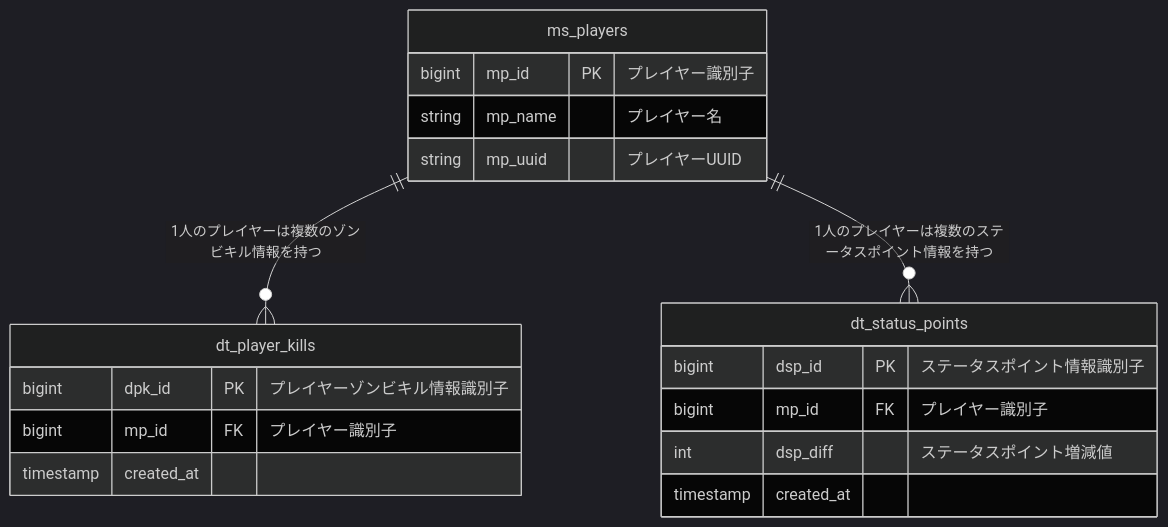
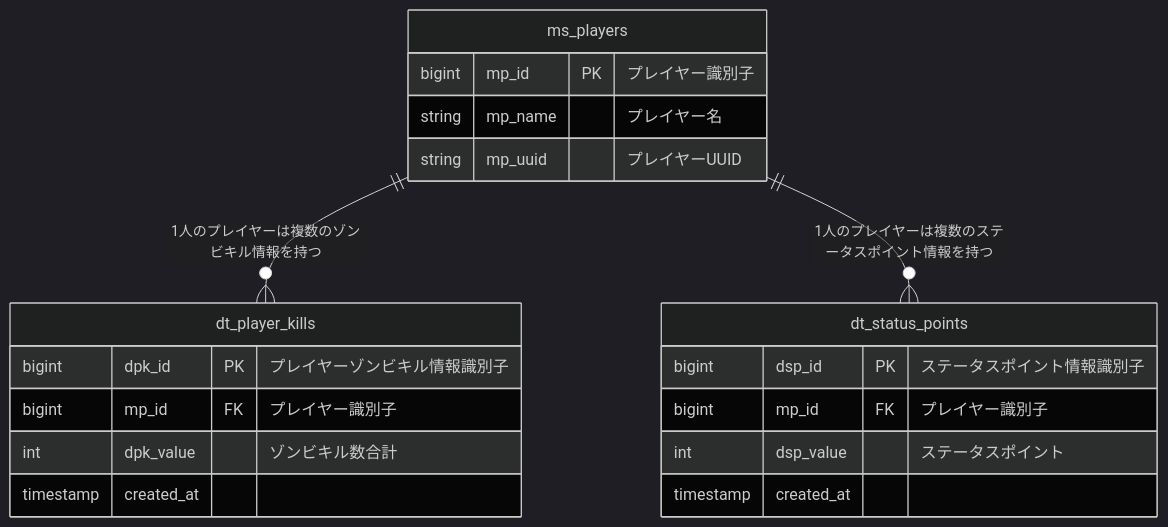
Before and after one commit to hirotask/ZON-Core: the diagram in docs/データベース設計.md, drawn with Mermaid (dark theme). The commit also changed other lines of this file and 2 other files, not shown here.

````diff
--- a/docs/データベース設計.md
+++ b/docs/データベース設計.md
@@ -59,21 +60,22 @@
 ```mermaid
 erDiagram
     ms_players {
         bigint mp_id PK "プレイヤー識別子"
         string mp_name "プレイヤー名"
         string mp_uuid "プレイヤーUUID"
     }
     dt_player_kills {
         bigint dpk_id PK "プレイヤーゾンビキル情報識別子"
         bigint mp_id FK "プレイヤー識別子"
+        int dpk_value "ゾンビキル数合計"
         timestamp created_at
     }
     dt_status_points {
         bigint dsp_id PK "ステータスポイント情報識別子"
         bigint mp_id FK "プレイヤー識別子"
-        int dsp_diff "ステータスポイント増減値"
+        int dsp_value "ステータスポイント"
         timestamp created_at
     }
     ms_players ||--o{ dt_player_kills : "1人のプレイヤーは複数のゾンビキル情報を持つ"
     ms_players ||--o{ dt_status_points : "1人のプレイヤーは複数のステータスポイント情報を持つ"
 ```
````
